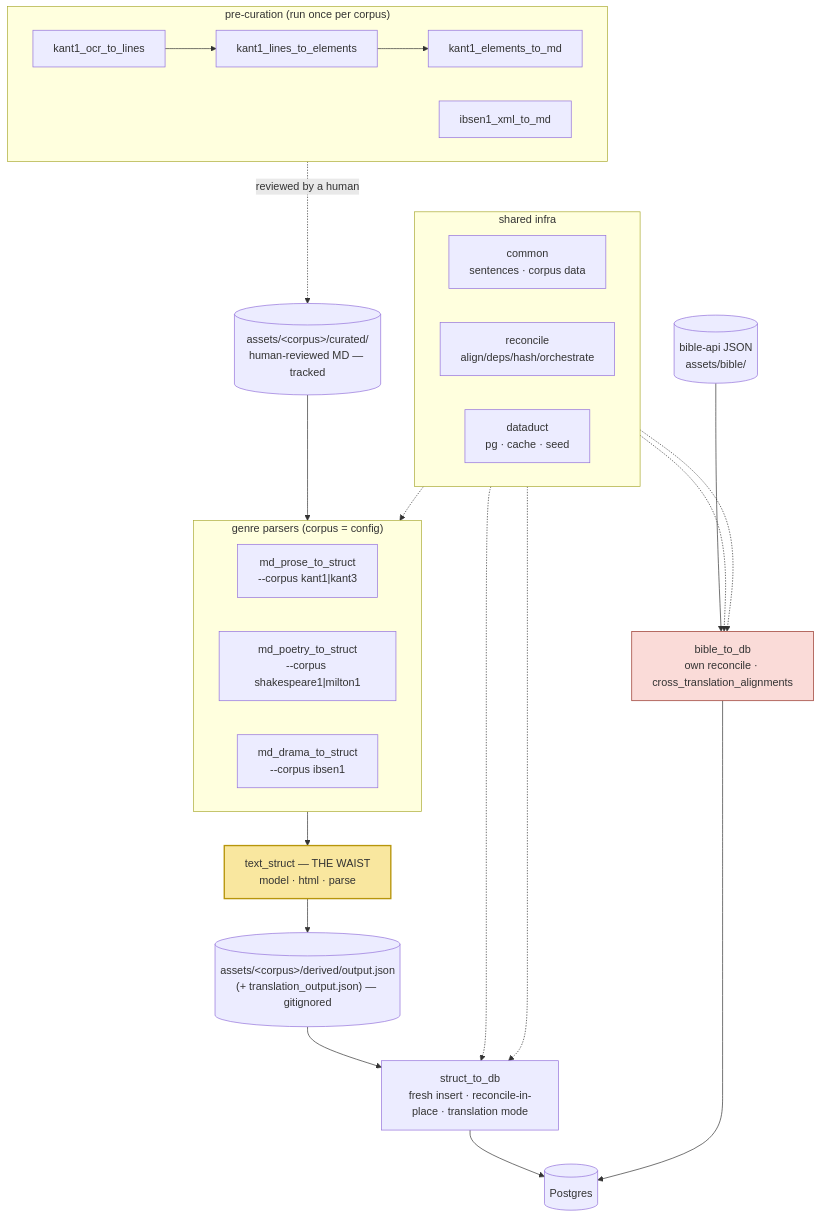
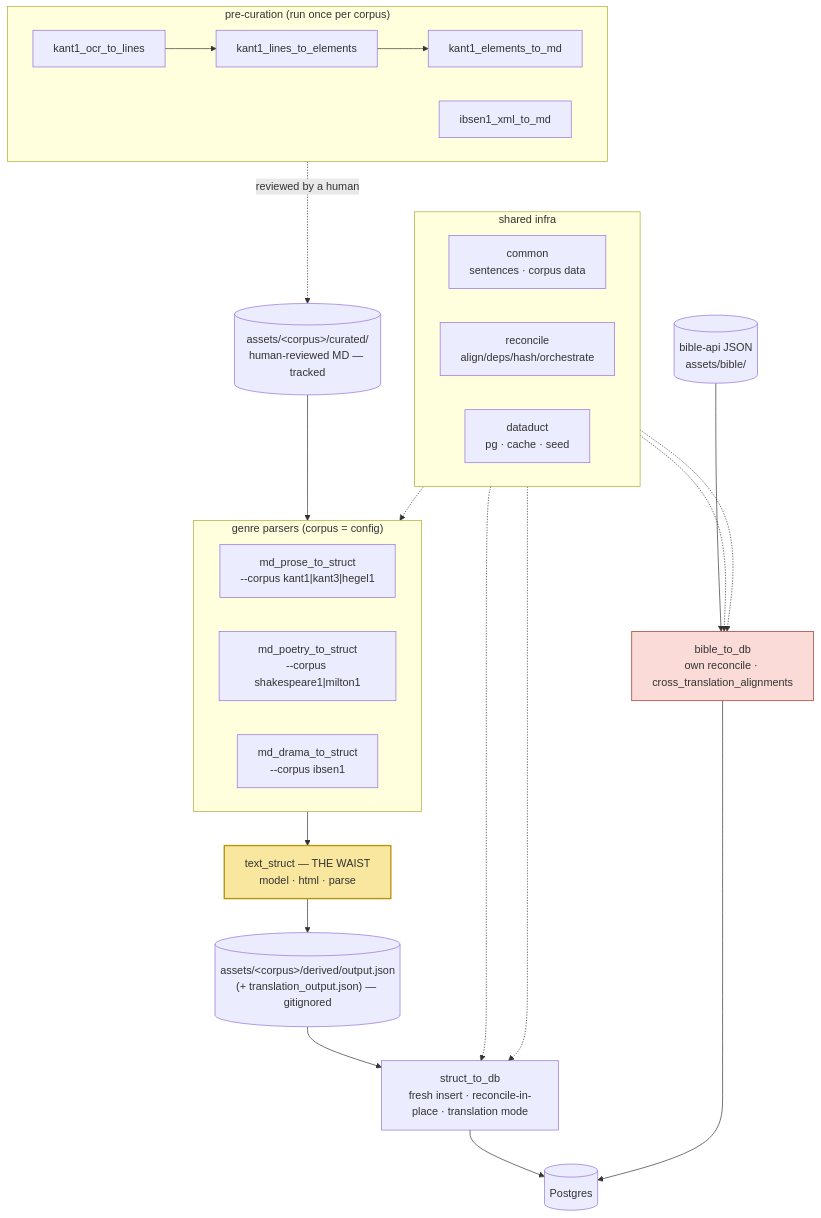
Before and after one commit to scholia-study/scholia: the first of 2 diagrams in docs/architecture/overview.md, drawn with Mermaid. The commit also changed other lines of this file and 210 other files, not shown here.

````diff
--- a/docs/architecture/overview.md
+++ b/docs/architecture/overview.md
@@ -84,51 +84,51 @@
 ```mermaid
 flowchart TB
     subgraph pre ["pre-curation (run once per corpus)"]
         direction LR
         ocr["kant1_ocr_to_lines"] --> lines["kant1_lines_to_elements"] --> elem["kant1_elements_to_md"]
         tei["ibsen1_xml_to_md"]
     end
 
     curated[("assets/&lt;corpus&gt;/curated/<br/>human-reviewed MD — tracked")]
     pre -. "reviewed by a human" .-> curated
 
     subgraph parsers ["genre parsers (corpus = config)"]
         direction LR
-        prose["md_prose_to_struct<br/>--corpus kant1|kant3"]
+        prose["md_prose_to_struct<br/>--corpus kant1|kant3|hegel1"]
         poetry["md_poetry_to_struct<br/>--corpus shakespeare1|milton1"]
         drama["md_drama_to_struct<br/>--corpus ibsen1"]
     end
 
     curated --> parsers
 
     waist["text_struct — THE WAIST<br/>model · html · parse"]
     parsers --> waist
 
     derived[("assets/&lt;corpus&gt;/derived/output.json<br/>(+ translation_output.json) — gitignored")]
     waist --> derived
 
     importer["struct_to_db<br/>fresh insert · reconcile-in-place · translation mode"]
     derived --> importer
 
     pg[(Postgres)]
     importer --> pg
 
     bibleapi[("bible-api JSON<br/>assets/bible/")] --> bible["bible_to_db<br/>own reconcile · cross_translation_alignments"]
     bible --> pg
 
     subgraph infra ["shared infra"]
         direction LR
         common["common<br/>sentences · corpus data"]
         reconcile["reconcile<br/>align/deps/hash/orchestrate"]
         dataduct["dataduct<br/>pg · cache · seed"]
     end
 
     common -.-> parsers
     reconcile -.-> importer
     reconcile -.-> bible
     dataduct -.-> importer
     dataduct -.-> bible
 
     style waist fill:#f9e79f,stroke:#b7950b,stroke-width:2px
     style bible fill:#fadbd8,stroke:#943126
 ```
````
